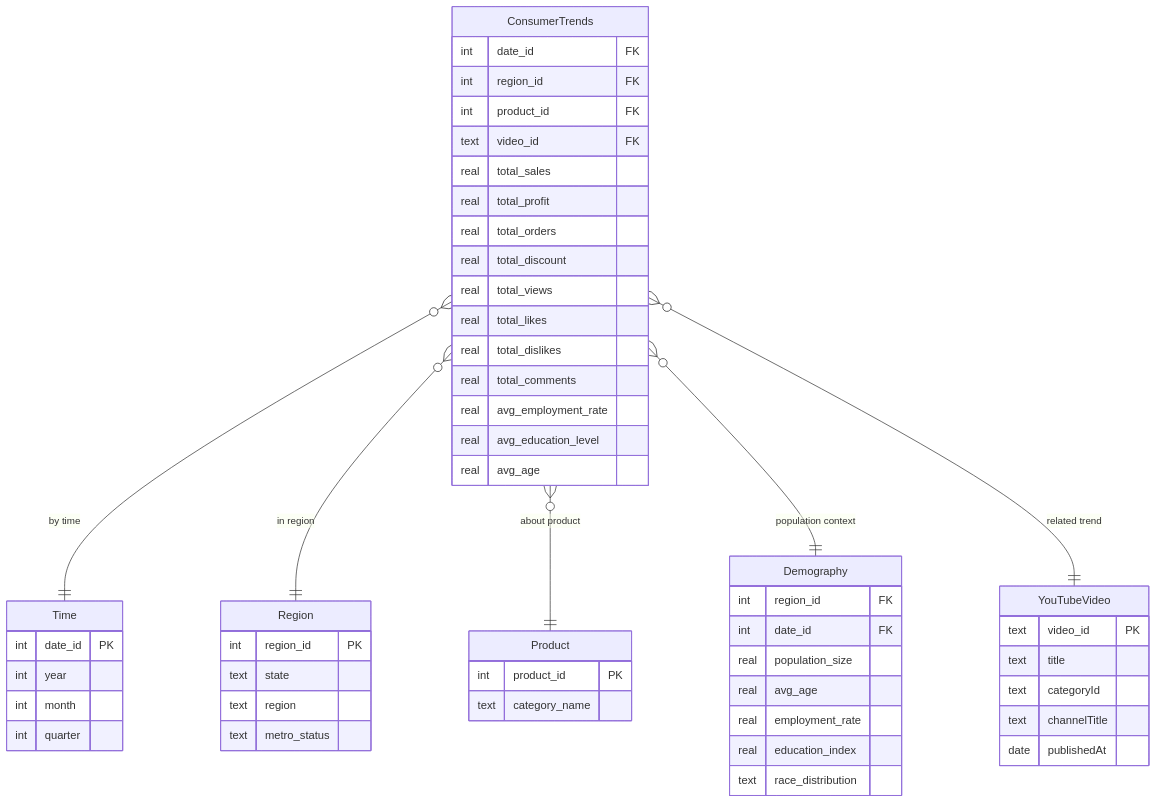
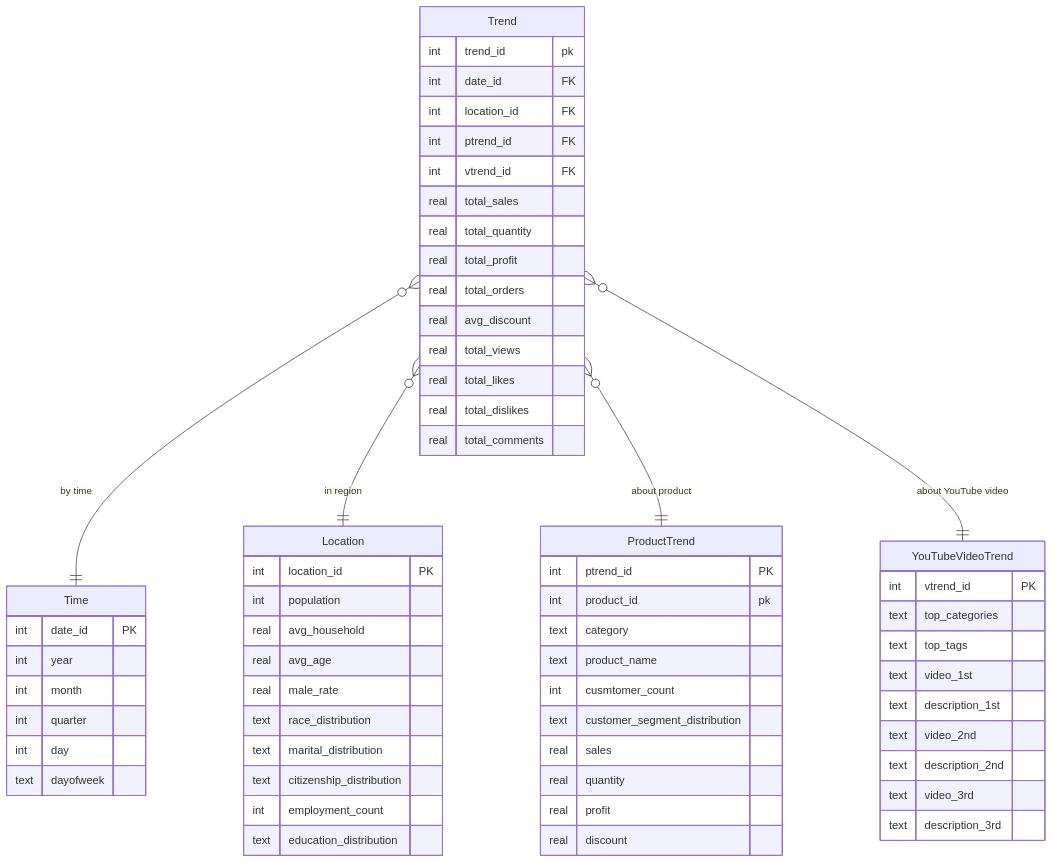
The diagram in ERD/trend.mmd (gxcuimax/BUSINFO702-2025Q3-Project-group-1), drawn with Mermaid before and after one commit. The commit also changed 2 other files, not shown here.

Commit message:
starschema

```diff
--- a/ERD/trend.mmd
+++ b/ERD/trend.mmd
@@ -1,61 +1,70 @@
 erDiagram
-    ConsumerTrends {
+    Trend {
+        int trend_id pk
         int date_id FK
-        int region_id FK
-        int product_id FK
-        text video_id FK
+        int location_id FK
+        int ptrend_id FK
+        int vtrend_id FK
         real total_sales
+        real total_quantity
         real total_profit
         real total_orders
-        real total_discount
+        real avg_discount
         real total_views
         real total_likes
         real total_dislikes
         real total_comments
-        real avg_employment_rate
-        real avg_education_level
-        real avg_age
     }
 
     Time {
         int date_id PK
         int year
         int month
         int quarter
+        int day
+        text dayofweek
     }
 
-    Region {
-        int region_id PK
-        text state
-        text region
-        text metro_status
+    Location {
+        int location_id PK
+        int population
+        real avg_household
+        real avg_age
+        real male_rate
+        text race_distribution
+        text marital_distribution
+        text citizenship_distribution
+        int employment_count
+        text education_distribution
     }
 
-    Product {
-        int product_id PK
-        text category_name
+    ProductTrend {
+        int ptrend_id PK
+        int product_id pk
+        text category
+        text product_name
+        int cusmtomer_count
+        text customer_segment_distribution
+        real sales
+        real quantity
+        real profit 
+        real discount
     }
 
-    Demography {
-        int region_id FK
-        int date_id FK
-        real population_size
-        real avg_age
-        real employment_rate
-        real education_index
-        text race_distribution
+    YouTubeVideoTrend {
+        int vtrend_id PK
+        text top_categories
+        text top_tags
+        text video_1st
+        text description_1st
+        text video_2nd
+        text description_2nd
+        text video_3rd
+        text description_3rd
     }
 
-    YouTubeVideo {
-        text video_id PK
-        text title
-        text categoryId
-        text channelTitle
-        date publishedAt
-    }
 
-    ConsumerTrends }o--|| Time : "by time"
-    ConsumerTrends }o--|| Region : "in region"
-    ConsumerTrends }o--|| Product : "about product"
-    ConsumerTrends }o--|| Demography : "population context"
-    ConsumerTrends }o--|| YouTubeVideo : "related trend"
+    Trend }o--|| Time : "by time"
+    Trend }o--|| Location : "in region"
+    Trend }o--|| ProductTrend : "about product"
+    Trend }o--|| YouTubeVideoTrend : "about YouTube video"
```
